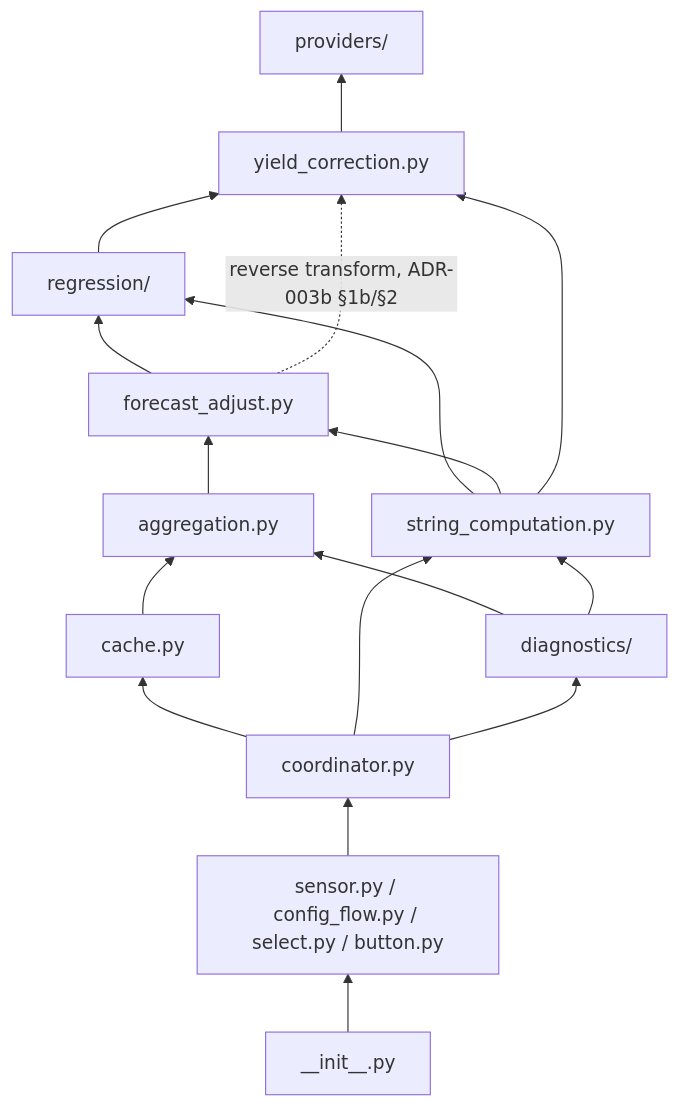
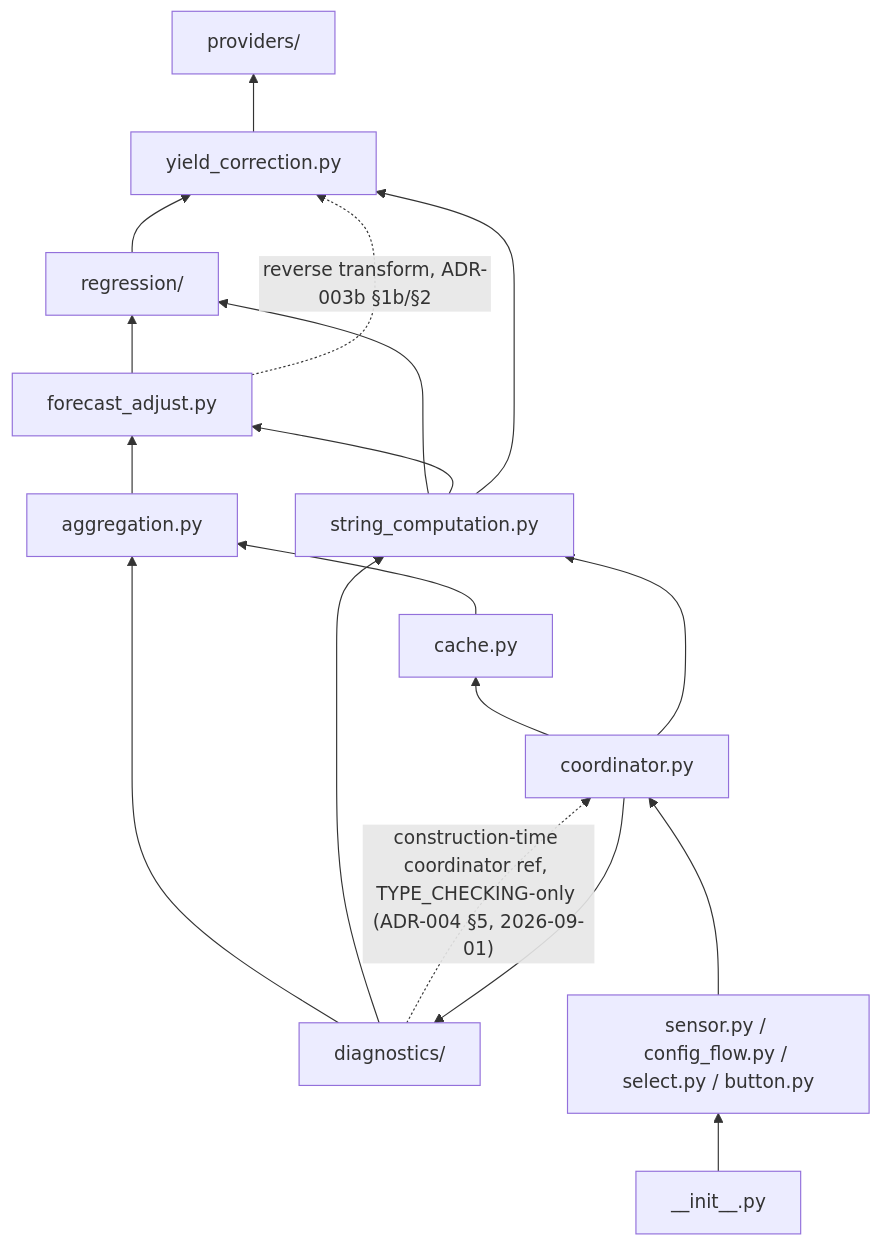
One commit to eschnepel/shady changed the diagram in adr/000-coding-standards.md. Above: the diagram before and after it, drawn with Mermaid. The commit also changed other lines of this file and 8 other files, not shown here.

````diff
--- a/adr/000-coding-standards.md
+++ b/adr/000-coding-standards.md
@@ -133,31 +142,32 @@
 ```mermaid
 flowchart BT
     providers["providers/"]
     yield_correction["yield_correction.py"]
     regression["regression/"]
     forecast_adjust["forecast_adjust.py"]
     string_computation["string_computation.py"]
     aggregation["aggregation.py"]
     diagnostics["diagnostics/"]
     cache["cache.py"]
     coordinator["coordinator.py"]
     entity_glue["sensor.py / config_flow.py / select.py / button.py"]
     init["__init__.py"]
 
     yield_correction --> providers
     regression --> yield_correction
     forecast_adjust --> regression
     string_computation --> regression
     string_computation --> forecast_adjust
     string_computation --> yield_correction
     aggregation --> forecast_adjust
     diagnostics --> aggregation
     diagnostics --> string_computation
     cache --> aggregation
     coordinator --> cache
     coordinator --> string_computation
     coordinator --> diagnostics
     entity_glue --> coordinator
     init --> entity_glue
     forecast_adjust -.->|"reverse transform, ADR-003b §1b/§2"| yield_correction
+    diagnostics -.->|"construction-time coordinator ref, TYPE_CHECKING-only (ADR-004 §5, 2026-09-01)"| coordinator
 ```
````
